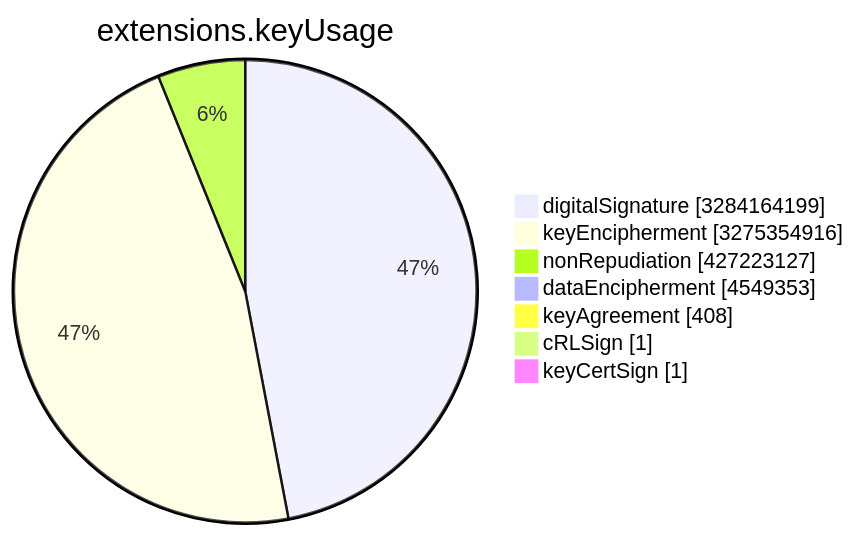
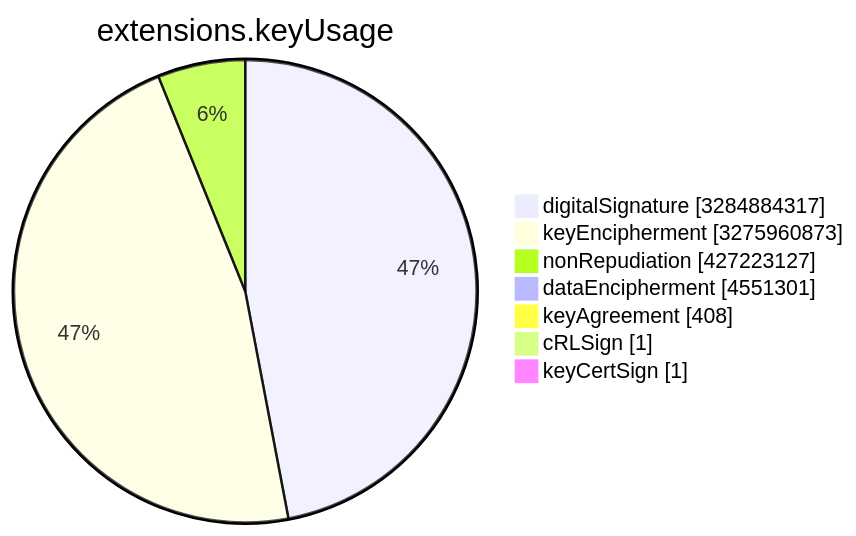
The sixth of 15 diagrams in TOTAL/README.md (christiankrug/ctmonitor_visualization), drawn with Mermaid before and after one commit. The commit also changed other lines of this file, not shown here.

````diff
--- a/TOTAL/README.md
+++ b/TOTAL/README.md
@@ -3078,11 +3078,11 @@
 ```mermaid
 pie showData
 title extensions.keyUsage
-"digitalSignature" :3284164199
-"keyEncipherment" :3275354916
+"digitalSignature" :3284884317
+"keyEncipherment" :3275960873
 "nonRepudiation" :427223127
-"dataEncipherment" :4549353
+"dataEncipherment" :4551301
 "keyAgreement" :408
 "cRLSign" :1
 "keyCertSign" :1
 ```
````
